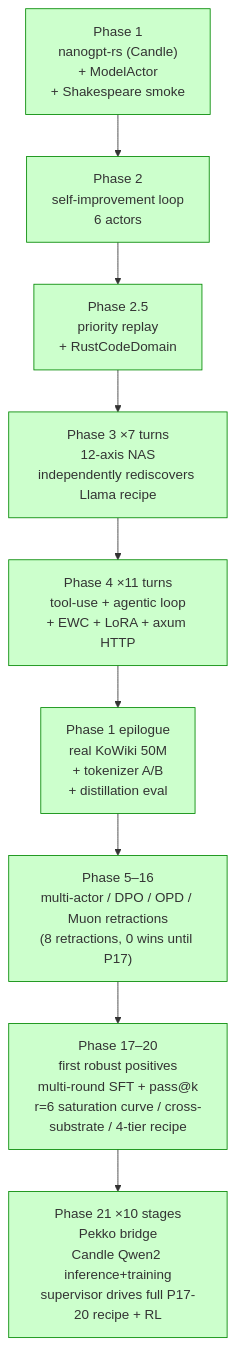
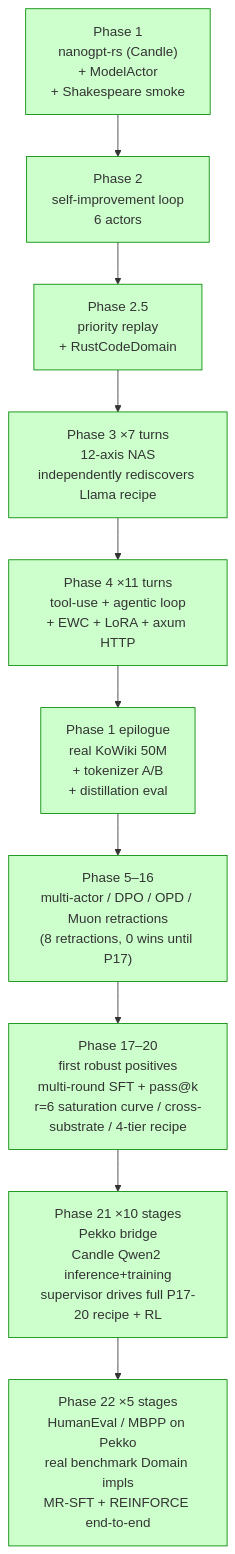
Before and after one commit to coreonai/core: the first of 3 diagrams in README.md, drawn with Mermaid. The commit also changed other lines of this file and 1 other file, not shown here.

````diff
--- a/README.md
+++ b/README.md
@@ -35,15 +39,16 @@
 ```mermaid
 graph TD
   P1["Phase 1<br/>nanogpt-rs (Candle)<br/>+ ModelActor<br/>+ Shakespeare smoke"]
   P2["Phase 2<br/>self-improvement loop<br/>6 actors"]
   P25["Phase 2.5<br/>priority replay<br/>+ RustCodeDomain"]
   P3["Phase 3 ×7 turns<br/>12-axis NAS<br/>independently rediscovers Llama recipe"]
   P4["Phase 4 ×11 turns<br/>tool-use + agentic loop<br/>+ EWC + LoRA + axum HTTP"]
   P1E["Phase 1 epilogue<br/>real KoWiki 50M<br/>+ tokenizer A/B<br/>+ distillation eval"]
   P5_16["Phase 5–16<br/>multi-actor / DPO / OPD / Muon retractions<br/>(8 retractions, 0 wins until P17)"]
   P17_20["Phase 17–20<br/>first robust positives<br/>multi-round SFT + pass@k<br/>r=6 saturation curve / cross-substrate / 4-tier recipe"]
   P21["Phase 21 ×10 stages<br/>Pekko bridge<br/>Candle Qwen2 inference+training<br/>supervisor drives full P17-20 recipe + RL"]
-  P1 --> P2 --> P25 --> P3 --> P4 --> P1E --> P5_16 --> P17_20 --> P21
+  P22["Phase 22 ×5 stages<br/>HumanEval / MBPP on Pekko<br/>real benchmark Domain impls<br/>MR-SFT + REINFORCE end-to-end"]
+  P1 --> P2 --> P25 --> P3 --> P4 --> P1E --> P5_16 --> P17_20 --> P21 --> P22
   classDef done fill:#cfc,stroke:#080
-  class P1,P2,P25,P3,P4,P1E,P5_16,P17_20,P21 done
+  class P1,P2,P25,P3,P4,P1E,P5_16,P17_20,P21,P22 done
 ```
````
